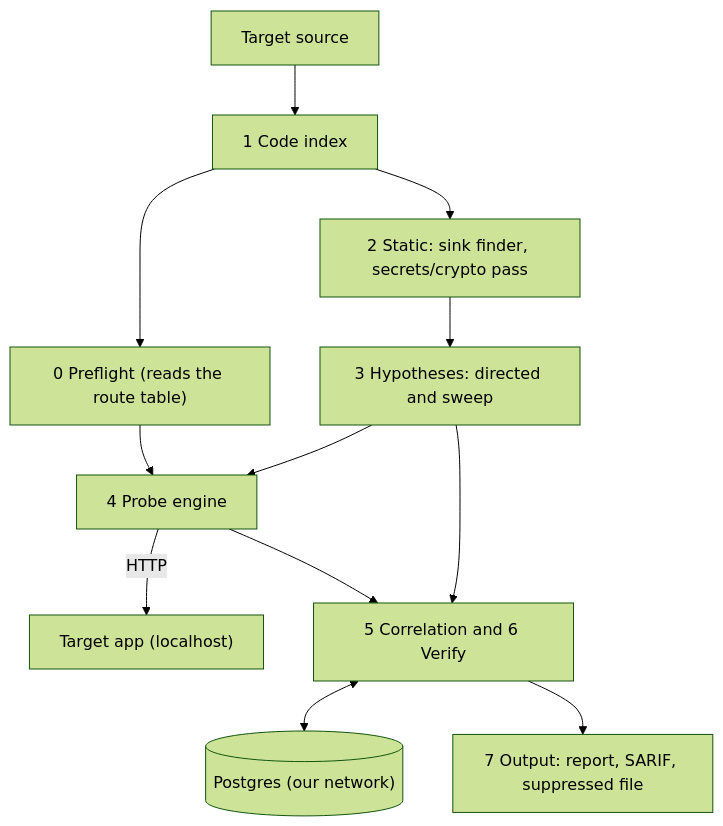
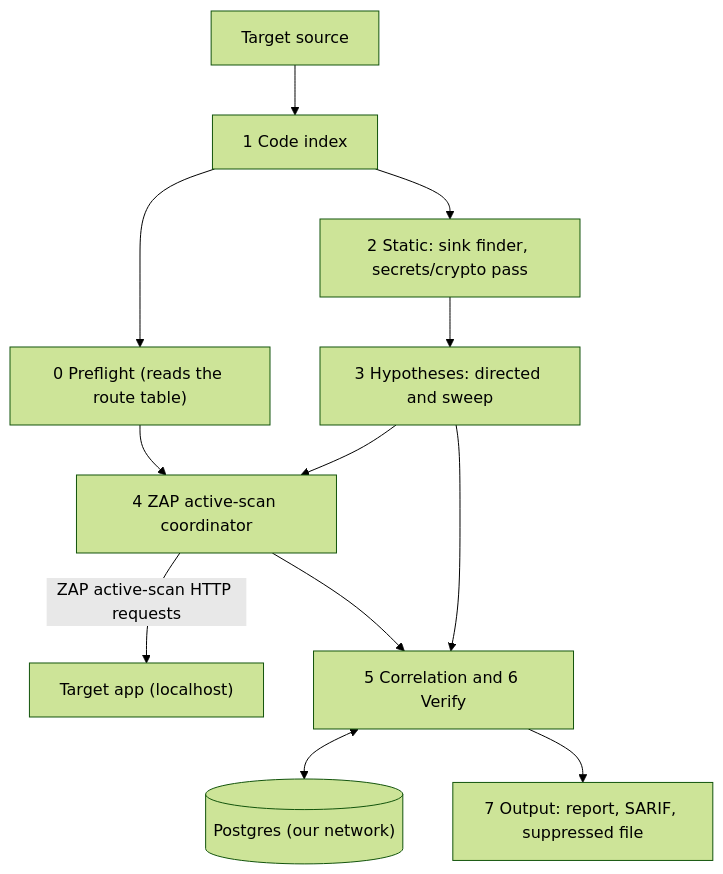
One commit to ROHITH-KUMAR-L/elenchus changed the diagram in README.md. Above: the diagram before and after it, drawn with Mermaid (forest theme). The commit also changed other lines of this file and 6 other files, not shown here.

First line of the commit message:
Refactor documentation to reflect ZAP as the active probe engine

````diff
--- a/README.md
+++ b/README.md
@@ -55,14 +55,14 @@
 ```mermaid
 flowchart TD
     src[Target source] --> idx["1 Code index"]
     idx --> pre["0 Preflight (reads the route table)"]
     idx --> sta["2 Static: sink finder, secrets/crypto pass"]
     sta --> hyp["3 Hypotheses: directed and sweep"]
-    pre --> probe["4 Probe engine"]
+    pre --> probe["4 ZAP active-scan coordinator"]
     hyp --> probe
-    probe -- HTTP --> app["Target app (localhost)"]
+    probe -- "ZAP active-scan HTTP requests" --> app["Target app (localhost)"]
     probe --> corr["5 Correlation and 6 Verify"]
     hyp --> corr
     corr <--> pg[("Postgres (our network)")]
     corr --> out["7 Output: report, SARIF, suppressed file"]
 ```
````
